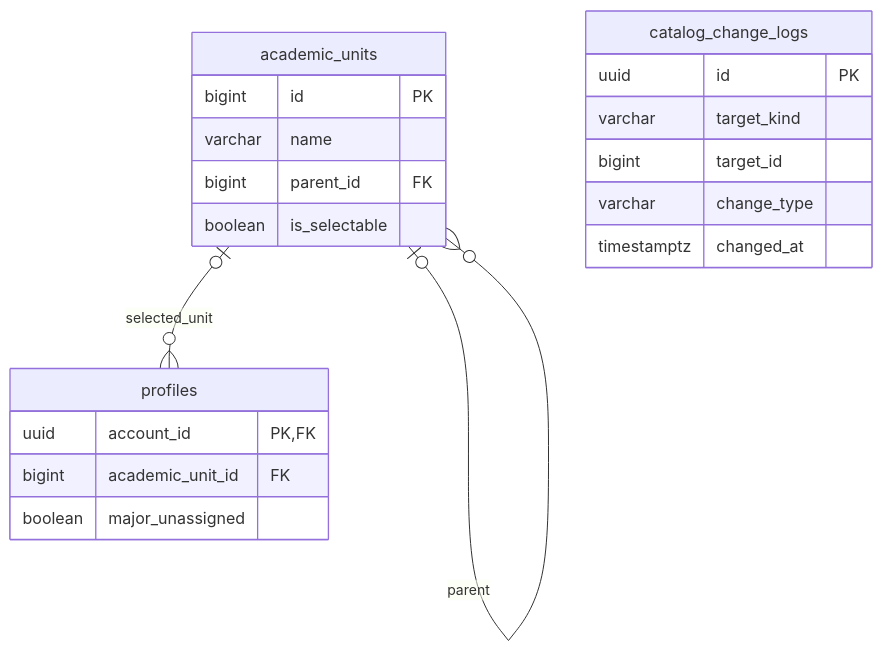
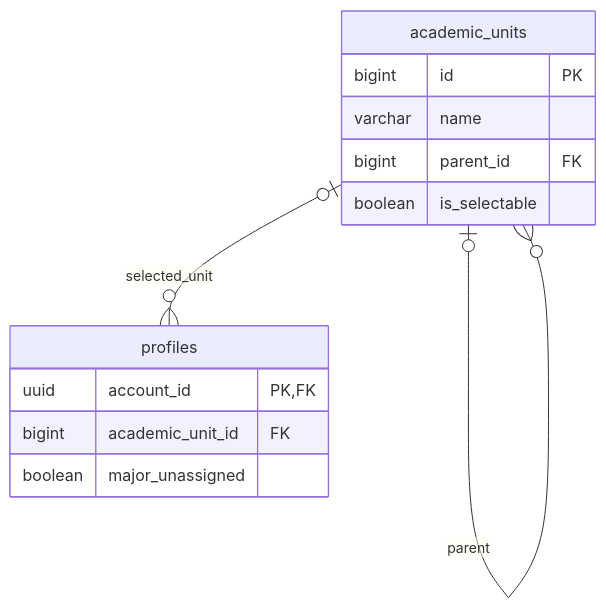
The diagram in docs/database/catalogs.md (wejo-team/sku-dreamon), drawn with Mermaid before and after one commit. The commit also changed other lines of this file and 6 other files, not shown here.

````diff
--- a/docs/database/catalogs.md
+++ b/docs/database/catalogs.md
@@ -86,24 +63,17 @@
 ```mermaid
 erDiagram
     direction TB
     academic_units o|--o{ academic_units : parent
     academic_units o|--o{ profiles : selected_unit
     academic_units {
         bigint id PK
         varchar name
         bigint parent_id FK
         boolean is_selectable
     }
     profiles {
         uuid account_id PK,FK
         bigint academic_unit_id FK
         boolean major_unassigned
     }
-    catalog_change_logs {
-        uuid id PK
-        varchar target_kind
-        bigint target_id
-        varchar change_type
-        timestamptz changed_at
-    }
 ```
````
